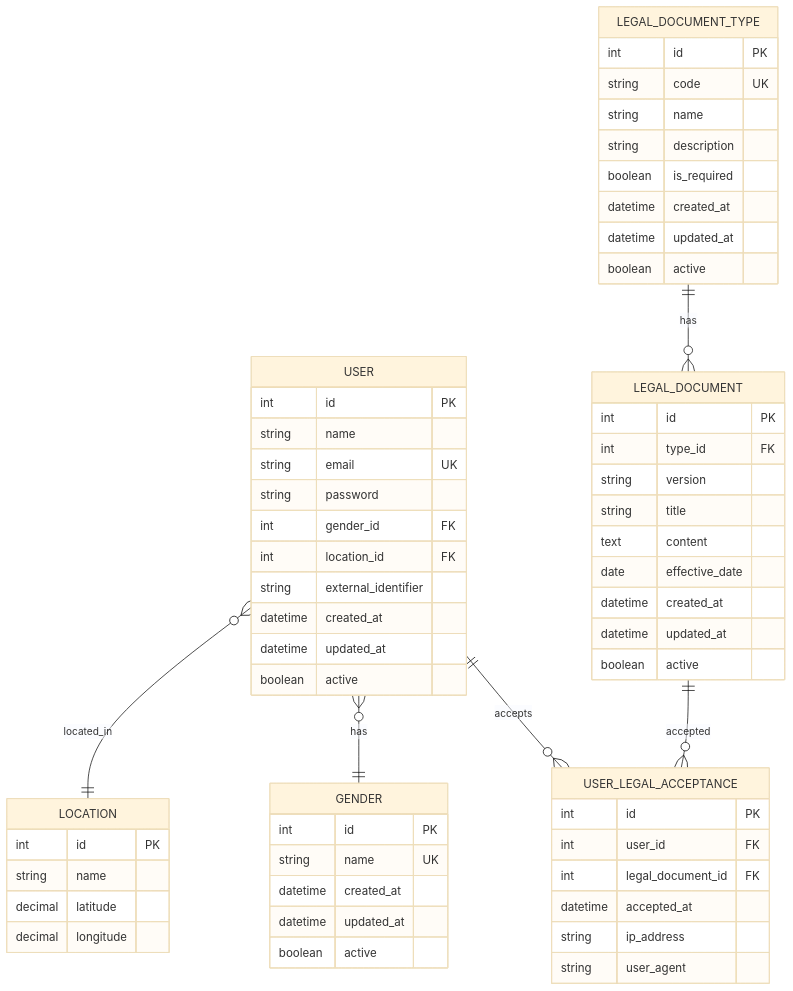
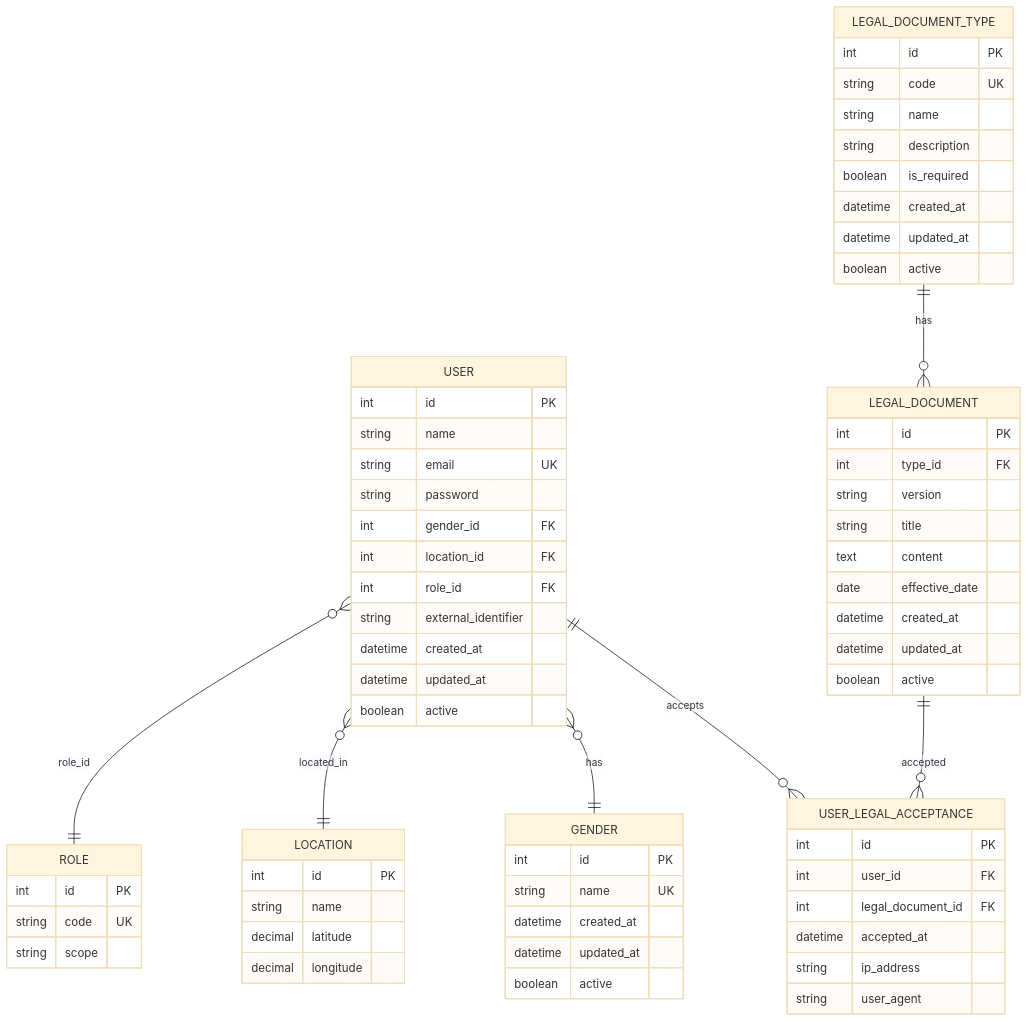
Before and after one commit to ProEpi-Dev/gds-admin: the diagram in docs-docusauros/gds/docs/arquitetura/modelagem-banco-dados/usuarios-autenticacao.md, drawn with Mermaid (base theme). The commit also changed other lines of this file and 181 other files, not shown here.

````diff
--- a/docs-docusauros/gds/docs/arquitetura/modelagem-banco-dados/usuarios-autenticacao.md
+++ b/docs-docusauros/gds/docs/arquitetura/modelagem-banco-dados/usuarios-autenticacao.md
@@ -7,69 +7,77 @@
 ```mermaid
 erDiagram
     USER ||--o{ USER_LEGAL_ACCEPTANCE : "accepts"
     USER }o--|| GENDER : "has"
     USER }o--|| LOCATION : "located_in"
+    USER }o--|| ROLE : "role_id"
     
     USER {
         int id PK
         string name
         string email UK
         string password
         int gender_id FK
         int location_id FK
+        int role_id FK
         string external_identifier
         datetime created_at
         datetime updated_at
         boolean active
+    }
+    
+    ROLE {
+        int id PK
+        string code UK
+        string scope
     }
     
     GENDER {
         int id PK
         string name UK
         datetime created_at
         datetime updated_at
         boolean active
     }
     
     LOCATION {
         int id PK
         string name
         decimal latitude
         decimal longitude
     }
     
     LEGAL_DOCUMENT_TYPE {
         int id PK
         string code UK
         string name
         string description
         boolean is_required
         datetime created_at
         datetime updated_at
         boolean active
     }
     
     LEGAL_DOCUMENT {
         int id PK
         int type_id FK
         string version
         string title
         text content
         date effective_date
         datetime created_at
         datetime updated_at
         boolean active
     }
     
     USER_LEGAL_ACCEPTANCE {
         int id PK
         int user_id FK
         int legal_document_id FK
         datetime accepted_at
         string ip_address
         string user_agent
     }
     
     LEGAL_DOCUMENT_TYPE ||--o{ LEGAL_DOCUMENT : "has"
     LEGAL_DOCUMENT ||--o{ USER_LEGAL_ACCEPTANCE : "accepted"
 ```
````
